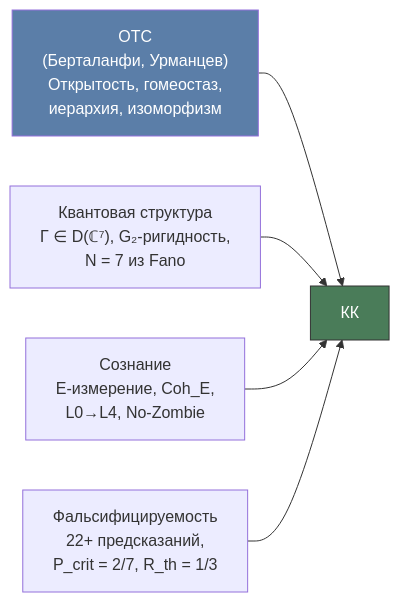
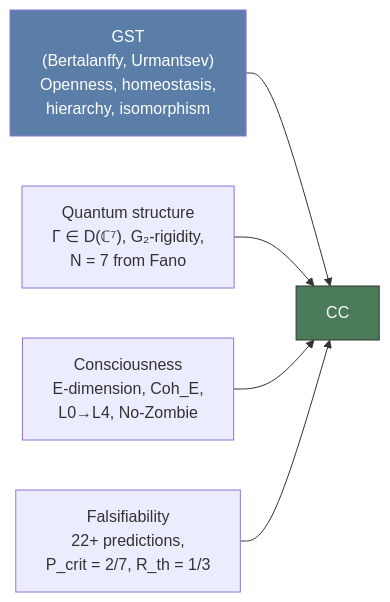
Before and after one commit to gst-st/uhm: the second of 2 diagrams in website/docs/consciousness/comparative/general-systems-theory.md, drawn with Mermaid. The commit also changed other lines of this file and 79 other files, not shown here.

````diff
--- a/website/docs/consciousness/comparative/general-systems-theory.md
+++ b/website/docs/consciousness/comparative/general-systems-theory.md
@@ -360,15 +360,15 @@
 ```mermaid
 graph LR
-    OTS["ОТС<br/>(Берталанфи, Урманцев)<br/>Открытость, гомеостаз,<br/>иерархия, изоморфизм"]
-    QS["Квантовая структура<br/>Γ ∈ D(ℂ⁷), G₂-ригидность,<br/>N = 7 из Fano"]
-    CONS["Сознание<br/>E-измерение, Coh_E,<br/>L0→L4, No-Zombie"]
-    FALS["Фальсифицируемость<br/>22+ предсказаний,<br/>P_crit = 2/7, R_th = 1/3"]
+    OTS["GST<br/>(Bertalanffy, Urmantsev)<br/>Openness, homeostasis,<br/>hierarchy, isomorphism"]
+    QS["Quantum structure<br/>Γ ∈ D(ℂ⁷), G₂-rigidity,<br/>N = 7 from Fano"]
+    CONS["Consciousness<br/>E-dimension, Coh_E,<br/>L0→L4, No-Zombie"]
+    FALS["Falsifiability<br/>22+ predictions,<br/>P_crit = 2/7, R_th = 1/3"]
 
-    OTS --> KK["КК"]
+    OTS --> KK["CC"]
     QS --> KK
     CONS --> KK
     FALS --> KK
 
     style KK fill:#4a7c59,color:#fff,stroke:#333
     style OTS fill:#5b7ea8,color:#fff
 ```
````
